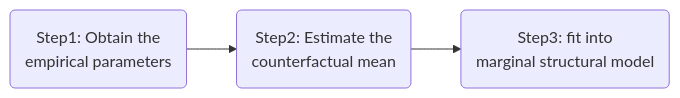
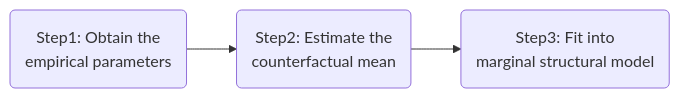
Before and after one commit to nathenbyford/g-model: the diagram in causal_pres.qmd, drawn with Mermaid. The commit also changed other lines of this file and 1 other file, not shown here.

Commit message:
IP-weighted section

````diff
--- a/causal_pres.qmd
+++ b/causal_pres.qmd
@@ -57,11 +57,11 @@
 ```{mermaid}
 %%| label: 'steps_gcomp'
 %%| fig-align: 'center'
 
 flowchart LR
   id1("Step1: Obtain the \n empirical parameters")
   id2("Step2: Estimate the \n counterfactual mean")
-  id3("Step3: fit into \n marginal structural model")
+  id3("Step3: Fit into \n marginal structural model")
   id1 --> id2
   id2 --> id3
 ```
````
